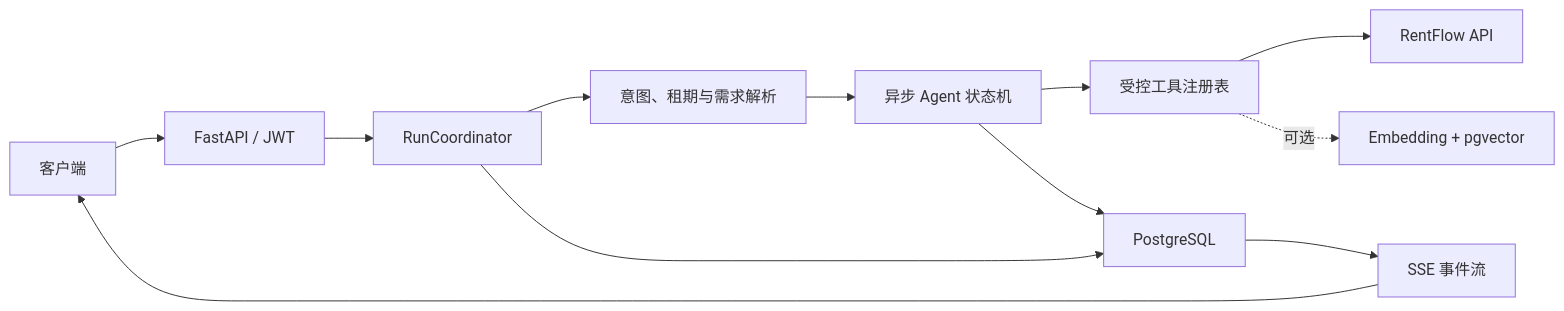
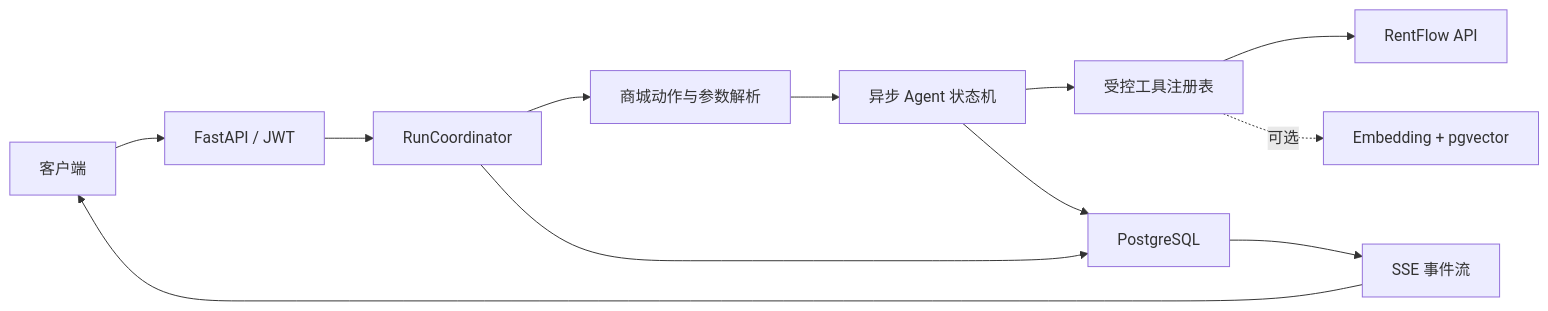
The diagram in README.md (1234563782/gearmate-agent), drawn with Mermaid before and after one commit. The commit also changed other lines of this file and 55 other files, not shown here.

````diff
--- a/README.md
+++ b/README.md
@@ -24,14 +23,14 @@
 ```mermaid
 flowchart LR
     Client["客户端"] --> API["FastAPI / JWT"]
     API --> Coordinator["RunCoordinator"]
-    Coordinator --> Resolver["意图、租期与需求解析"]
+    Coordinator --> Resolver["商城动作与参数解析"]
     Resolver --> Graph["异步 Agent 状态机"]
     Graph --> Tools["受控工具注册表"]
     Tools --> RentFlow["RentFlow API"]
     Coordinator --> DB["PostgreSQL"]
     Graph --> DB
     DB --> SSE["SSE 事件流"]
     SSE --> Client
     Tools -. "可选" .-> Search["Embedding + pgvector"]
 ```
````
